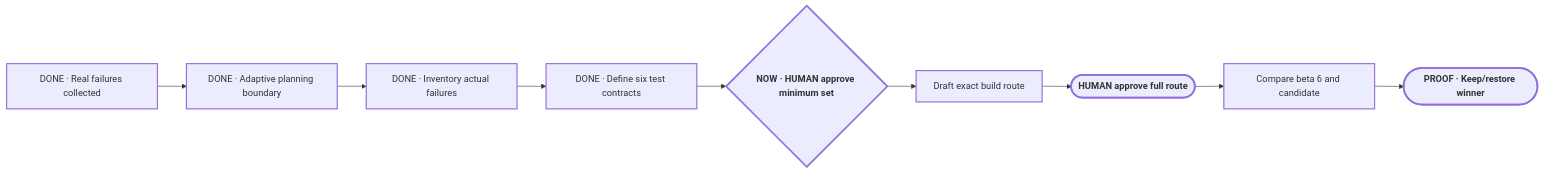
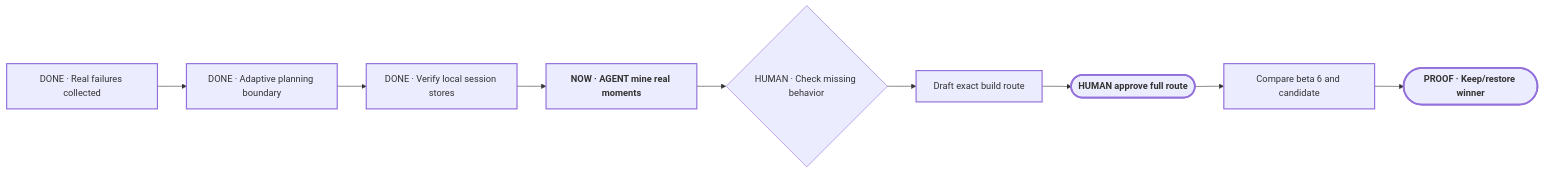
Before and after one commit to Pu11en/portable-planner: the diagram in planning/PLAN-VIEW.md, drawn with Mermaid. The commit also changed other lines of this file and 6 other files, not shown here.

````diff
--- a/planning/PLAN-VIEW.md
+++ b/planning/PLAN-VIEW.md
@@ -13,20 +13,20 @@
 ```mermaid
 flowchart LR
     E["DONE · Real failures collected"]
     A["DONE · Adaptive planning boundary"]
-    I["DONE · Inventory actual failures"]
-    C["DONE · Define six test contracts"]
-    M{"NOW · HUMAN approve minimum set"}
+    I["DONE · Verify local session stores"]
+    C["NOW · AGENT mine real moments"]
+    M{"HUMAN · Check missing behavior"}
     B["Draft exact build route"]
     P(["HUMAN approve full route"])
     X["Compare beta 6 and candidate"]
     R(["PROOF · Keep/restore winner"])
     E --> A --> I --> C --> M --> B --> P --> X --> R
 
     classDef current stroke-width:3px,font-weight:700;
     classDef milestone stroke-width:2px;
     classDef proof stroke-width:3px,font-weight:700;
-    class M current;
+    class C current;
     class E,A,I,C,B,X milestone;
     class P,R proof;
 ```
````
